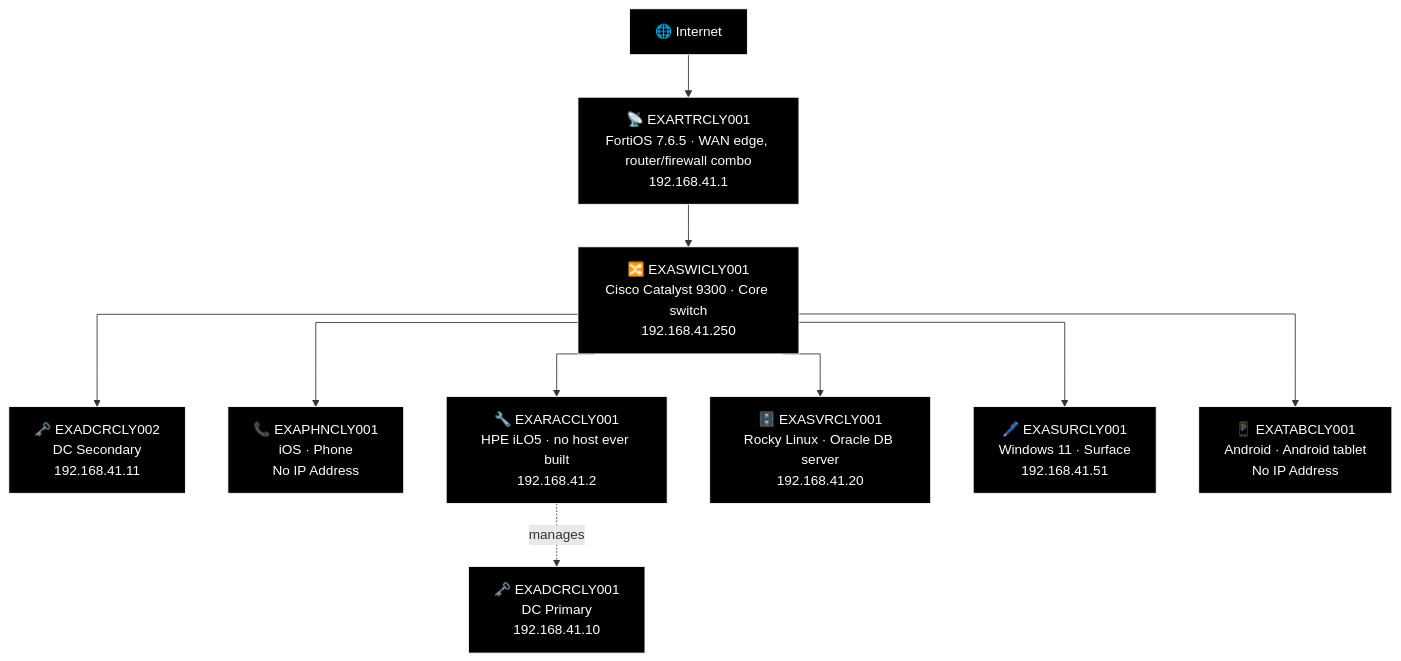
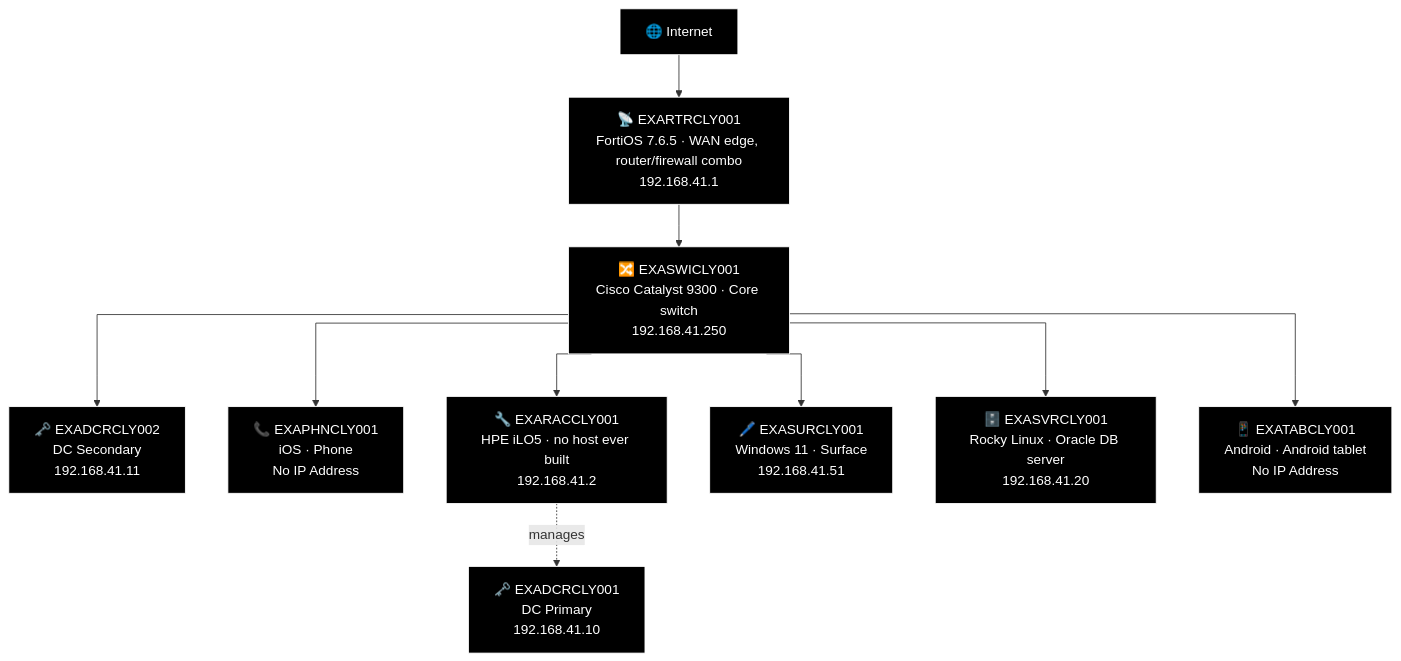
The tenth of 21 diagrams in docs/network-diagram/scotland.md (knightmare2600/example_music_infra), drawn with Mermaid before and after one commit. The commit also changed other lines of this file and 7 other files, not shown here.

````diff
--- a/docs/network-diagram/scotland.md
+++ b/docs/network-diagram/scotland.md
@@ -644,36 +644,36 @@
 ```mermaid
 %% GENERATED:OLDNETWORK:CLY:START
 %%{init: {'flowchart': {'curve': 'stepAfter'}}}%%
 graph TD
     O_INET["🌐 Internet"]
     O_RTR["📡 EXARTRCLY001<br/>FortiOS 7.6.5 · WAN edge, router/firewall combo<br/>192.168.41.1"]
     O_SWI["🔀 EXASWICLY001<br/>Cisco Catalyst 9300 · Core switch<br/>192.168.41.250"]
     O_DCR1["🗝️ EXADCRCLY001<br/>DC Primary<br/>192.168.41.10"]
     O_DCR2["🗝️ EXADCRCLY002<br/>DC Secondary<br/>192.168.41.11"]
     O_PHN["📞 EXAPHNCLY001<br/>iOS · Phone<br/>No IP Address"]
     O_RAC["🔧 EXARACCLY001<br/>HPE iLO5 · no host ever built<br/>192.168.41.2"]
-    O_SRV["🗄️ EXASVRCLY001<br/>Rocky Linux · Oracle DB server<br/>192.168.41.20"]
     O_SUR["🖊️ EXASURCLY001<br/>Windows 11 · Surface<br/>192.168.41.51"]
+    O_SVR["🗄️ EXASVRCLY001<br/>Rocky Linux · Oracle DB server<br/>192.168.41.20"]
     O_TAB["📱 EXATABCLY001<br/>Android · Android tablet<br/>No IP Address"]
     O_INET --> O_RTR
     O_RTR --> O_SWI
     O_SWI --> O_DCR2
     O_SWI --> O_PHN
     O_SWI --> O_RAC
     O_RAC -.->|"manages"| O_DCR1
-    O_SWI --> O_SRV
     O_SWI --> O_SUR
+    O_SWI --> O_SVR
     O_SWI --> O_TAB
 
     style O_INET fill:#000000,stroke:#FFFFFF,color:#FFFFFF
     style O_RTR fill:#000000,stroke:#FFFFFF,color:#FFFFFF
     style O_SWI fill:#000000,stroke:#FFFFFF,color:#FFFFFF
     style O_DCR1 fill:#000000,stroke:#FFFFFF,color:#FFFFFF
     style O_DCR2 fill:#000000,stroke:#FFFFFF,color:#FFFFFF
     style O_PHN fill:#000000,stroke:#FFFFFF,color:#FFFFFF
     style O_RAC fill:#000000,stroke:#FFFFFF,color:#FFFFFF
-    style O_SRV fill:#000000,stroke:#FFFFFF,color:#FFFFFF
     style O_SUR fill:#000000,stroke:#FFFFFF,color:#FFFFFF
+    style O_SVR fill:#000000,stroke:#FFFFFF,color:#FFFFFF
     style O_TAB fill:#000000,stroke:#FFFFFF,color:#FFFFFF
 %% GENERATED:OLDNETWORK:CLY:END
 ```
````
